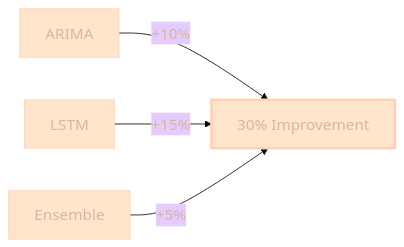
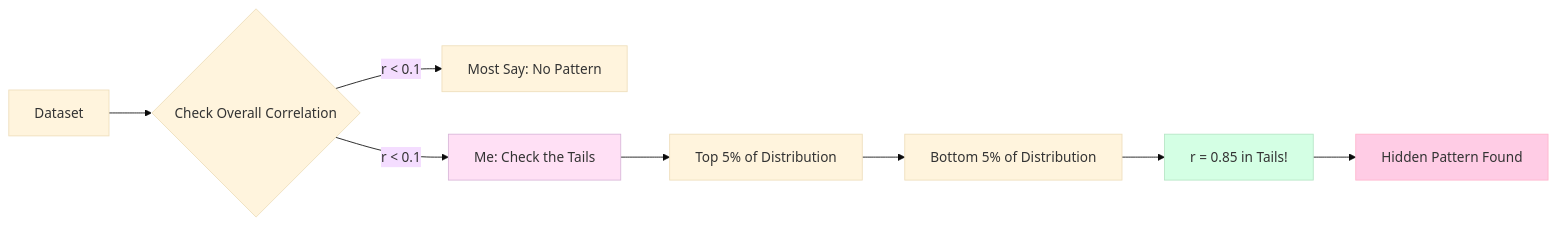
The sixth of 8 diagrams in README.md (Cazzy-Aporbo/Cazzy-Aporbo), drawn with Mermaid before and after one commit. The commit also changed other lines of this file, not shown here.

````diff
--- a/README.md
+++ b/README.md
@@ -460,8 +503,15 @@
 ```mermaid
-%%{init: {'theme': 'base', 'themeVariables': {'primaryColor': '#FFE5CC', 'primaryBorderColor': '#FFD0B5', 'tertiaryColor': '#FFE0F5', 'primaryTextColor': '#D8B5A0', 'fontSize': '18px'}}}%%
+%%{init: {'theme': 'base'}}%%
 graph LR
-    A[ARIMA] -->|+10%| D[30% Improvement]
-    B[LSTM] -->|+15%| D
-    C[Ensemble] -->|+5%| D
-    style D fill:#FFE5CC,stroke:#FFD0B5,stroke-width:3px
+    A[Dataset] --> B{Check Overall Correlation}
+    B -->|r < 0.1| C[Most Say: No Pattern]
+    B -->|r < 0.1| D[Me: Check the Tails]
+    D --> E[Top 5% of Distribution]
+    E --> F[Bottom 5% of Distribution]
+    F --> G[r = 0.85 in Tails!]
+    G --> H[Hidden Pattern Found]
+    
+    style D fill:#FFE0F5,stroke:#D8B5D8
+    style G fill:#D4FFE4,stroke:#B5E5C5
+    style H fill:#FFCCE5,stroke:#FFB5CC
 ```
````
